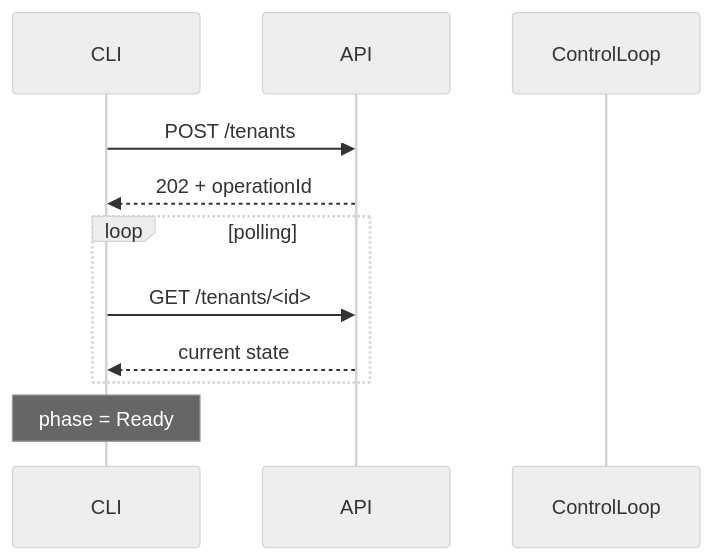
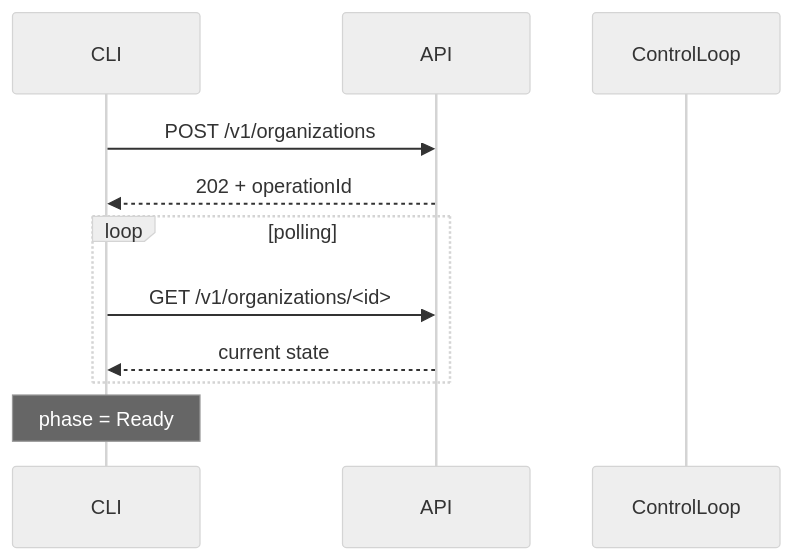
Before and after one commit to danielsabatini/smarkee: diagram 18 of 18 in docs/RESOURCE-CONTROL-LOOP.md, drawn with Mermaid (neutral theme). The commit also changed other lines of this file and 10 other files, not shown here.

````diff
--- a/docs/RESOURCE-CONTROL-LOOP.md
+++ b/docs/RESOURCE-CONTROL-LOOP.md
@@ -1328,16 +1348,16 @@
 ```mermaid
 sequenceDiagram
     participant CLI
     participant API
     participant ControlLoop
 
-    CLI->>API: POST /tenants
+    CLI->>API: POST /v1/organizations
     API-->>CLI: 202 + operationId
 
     loop polling
-        CLI->>API: GET /tenants/<id>
+        CLI->>API: GET /v1/organizations/<id>
         API-->>CLI: current state
     end
 
     Note over CLI: phase = Ready
 ```
````
